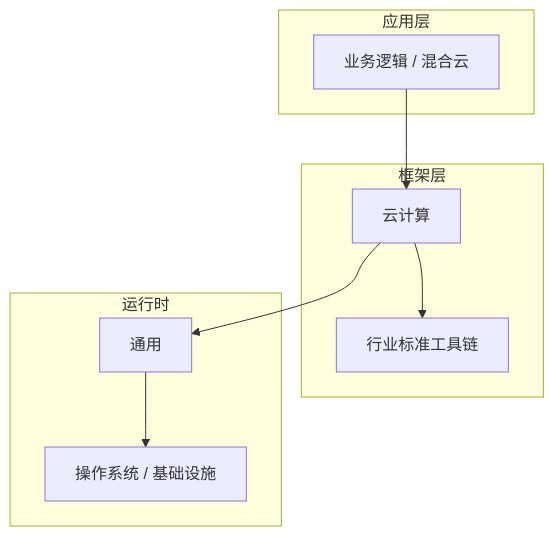
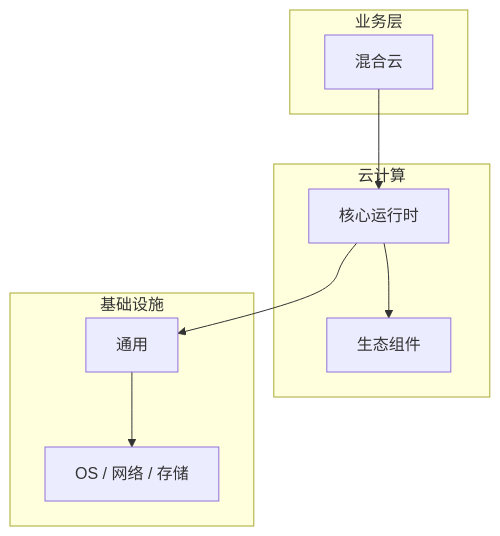
The diagram in articles/云计算/chapters/031-混合云核心概念与原理.md (yanggan2015/knowledge-json-v2), drawn with Mermaid before and after one commit. The commit also changed other lines of this file and 10127 other files, not shown here.

````diff
--- a/articles/云计算/chapters/031-混合云核心概念与原理.md
+++ b/articles/云计算/chapters/031-混合云核心概念与原理.md
@@ -45,18 +34,18 @@
 ```mermaid
 graph TB
-    subgraph 应用层
-        A[业务逻辑 / 混合云]
+    subgraph 业务层
+        A[混合云]
     end
-    subgraph 框架层
-        B[云计算]
-        C[行业标准工具链]
+    subgraph 云计算
+        B[核心运行时]
+        C[生态组件]
     end
-    subgraph 运行时
+    subgraph 基础设施
         D[通用]
-        E[操作系统 / 基础设施]
+        E[OS / 网络 / 存储]
     end
     A --> B
     B --> C
     B --> D
     D --> E
 ```
````
